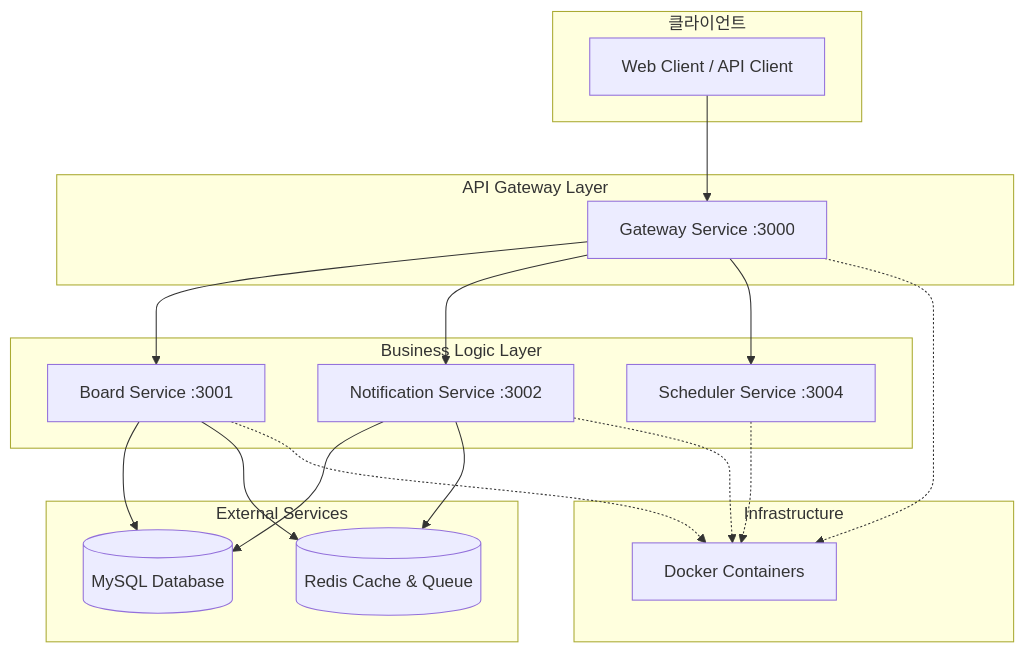
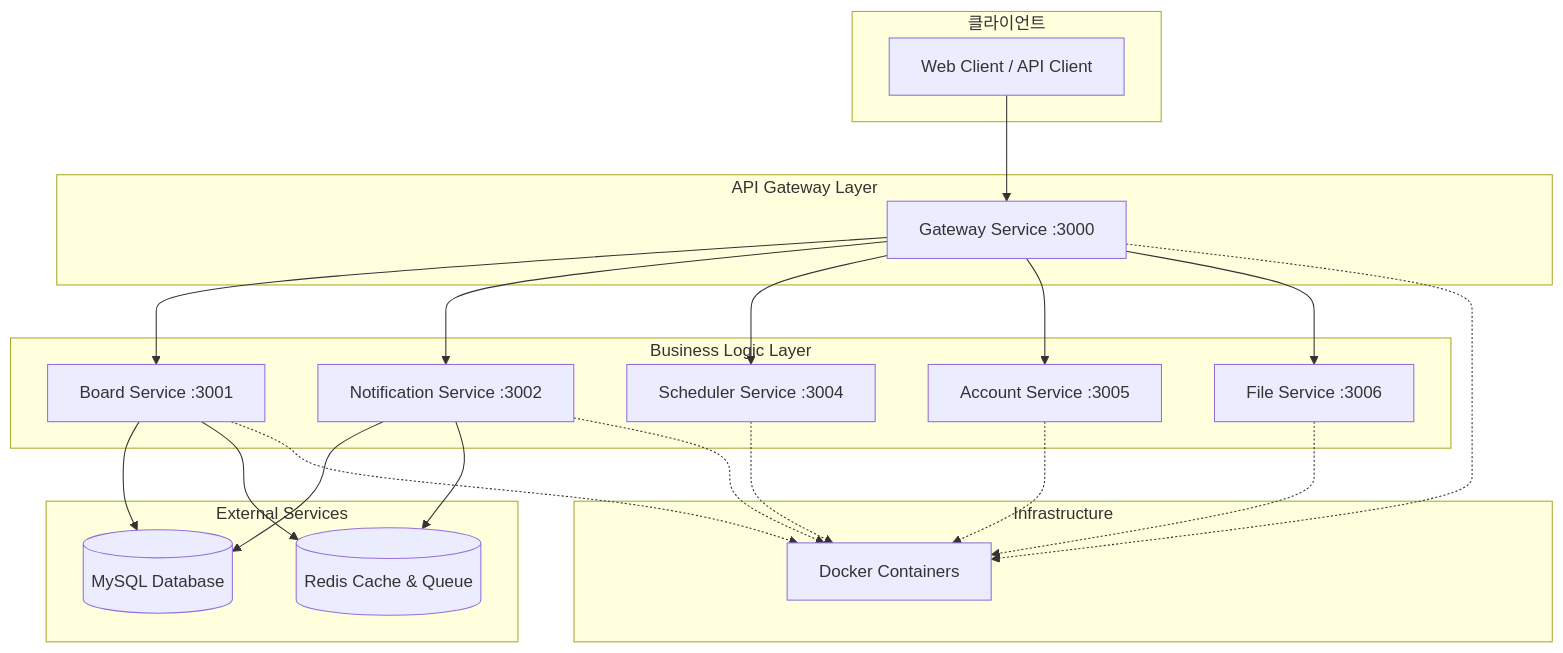
One commit to kimhyosung1/toy-project changed the first of 3 diagrams in ssot/02_System_Architecture.md. Above: the diagram before and after it, drawn with Mermaid. The commit also changed other lines of this file and 20 other files, not shown here.

````diff
--- a/ssot/02_System_Architecture.md
+++ b/ssot/02_System_Architecture.md
@@ -48,40 +48,46 @@
 ```mermaid
 graph TB
     subgraph "클라이언트"
         Client[Web Client / API Client]
     end
 
     subgraph "API Gateway Layer"
         Gateway[Gateway Service :3000]
     end
 
     subgraph "Business Logic Layer"
         Board[Board Service :3001]
         Notification[Notification Service :3002]
         Scheduler[Scheduler Service :3004]
+        Account[Account Service :3005]
+        File[File Service :3006]
     end
 
     subgraph "External Services"
         MySQL[(MySQL Database)]
         Redis[(Redis Cache & Queue)]
     end
 
     subgraph "Infrastructure"
         Docker[Docker Containers]
     end
 
     Client --> Gateway
     Gateway --> Board
     Gateway --> Notification
     Gateway --> Scheduler
+    Gateway --> Account
+    Gateway --> File
 
     Board --> MySQL
     Board --> Redis
     Notification --> MySQL
     Notification --> Redis
 
     Gateway -.-> Docker
     Board -.-> Docker
     Notification -.-> Docker
     Scheduler -.-> Docker
+    Account -.-> Docker
+    File -.-> Docker
 ```
````
